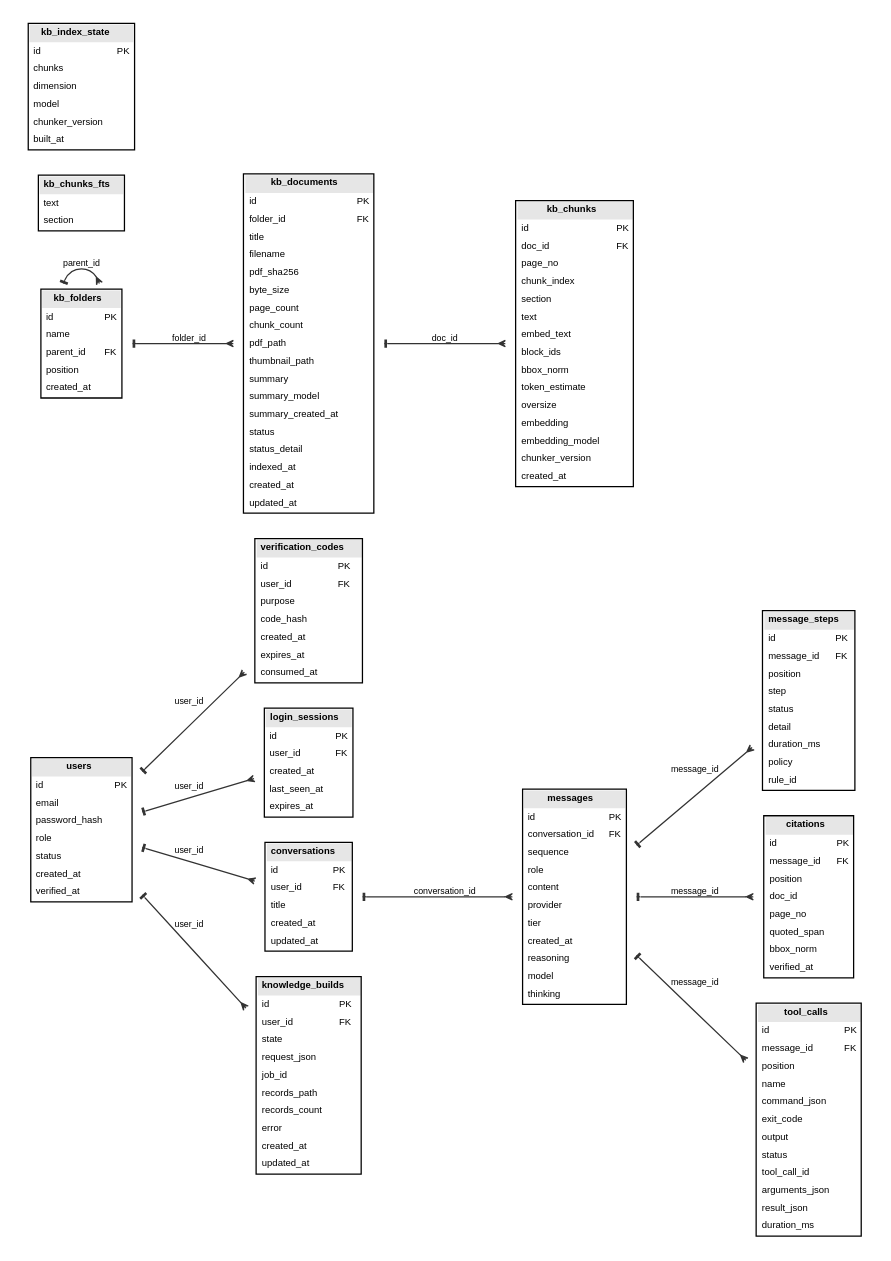
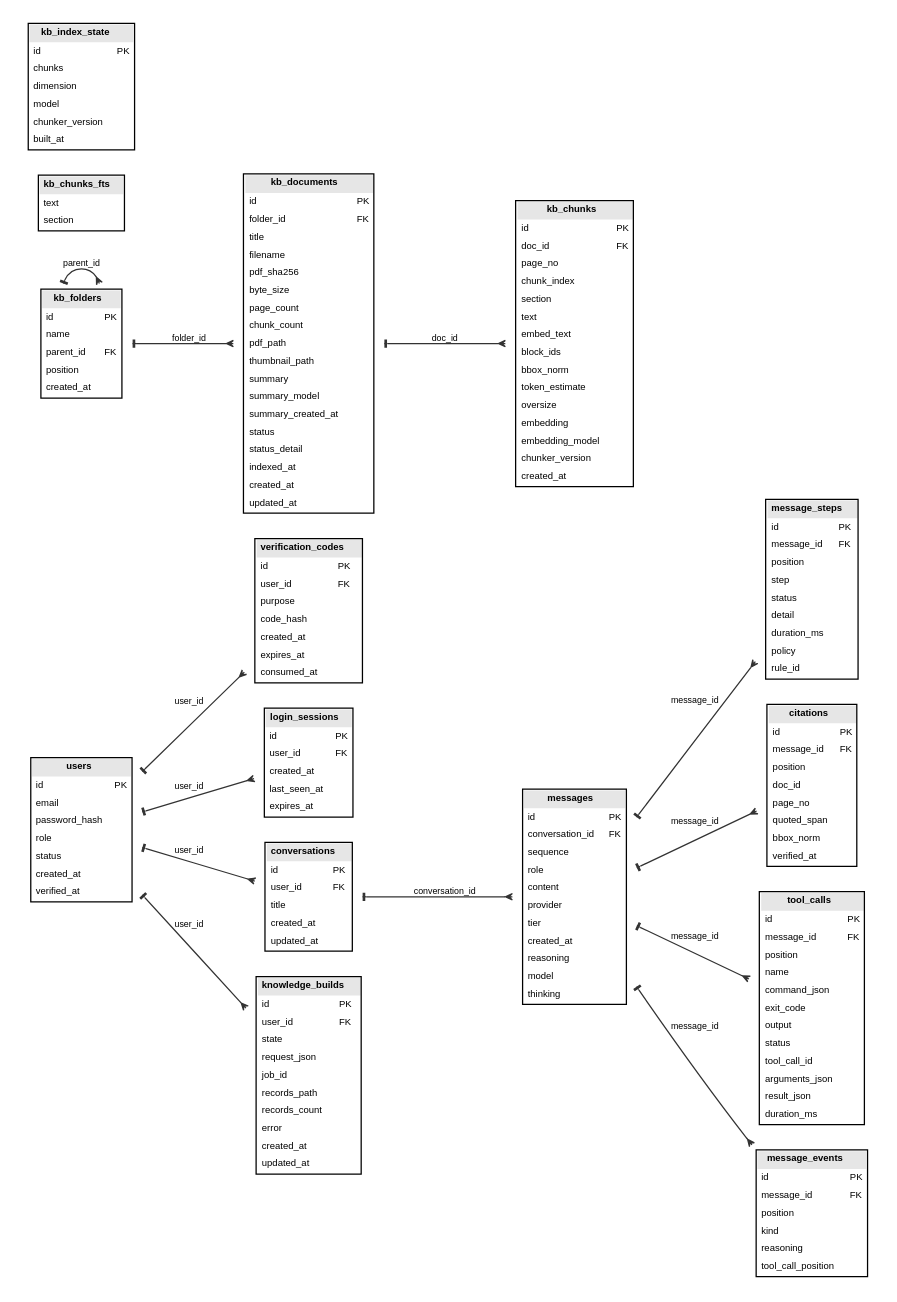
One commit to Kane-LI-0114/verifiable-tutor changed the diagram in docs/figures/physical-db.dot. Above: the diagram before and after it, drawn with Graphviz. The commit also changed 14 other files, not shown here.

First line of the commit message:
feat(work-chain): persist ordered reasoning and tool events

```diff
--- a/docs/figures/physical-db.dot
+++ b/docs/figures/physical-db.dot
@@ -1,182 +1,192 @@
 digraph physical_data_model {
   // Generated by scripts/build_data_model.py from the Storage schema; do not edit.
   graph [rankdir=LR, splines=true, nodesep=0.16, ranksep=0.52, fontname="Helvetica", fontsize=9,
          bgcolor="white", pad=0.10];
   node [fontname="Helvetica", fontsize=7.5, shape=plaintext];
   edge [fontname="Helvetica", fontsize=7, color="#333333", arrowsize=0.55,
         dir=both, arrowtail=tee, arrowhead=crow];
   // Physical SQLite schema. The logical model is docs/figures/prd-er.dot.
   users [label=<<TABLE BORDER="1" CELLBORDER="0" CELLSPACING="0" CELLPADDING="3" BGCOLOR="white">
       <TR><TD BGCOLOR="#e6e6e6" COLSPAN="2"><B>users</B></TD></TR>
       <TR><TD ALIGN="LEFT">id</TD><TD ALIGN="LEFT">PK</TD></TR>
       <TR><TD ALIGN="LEFT">email</TD><TD ALIGN="LEFT"></TD></TR>
       <TR><TD ALIGN="LEFT">password_hash</TD><TD ALIGN="LEFT"></TD></TR>
       <TR><TD ALIGN="LEFT">role</TD><TD ALIGN="LEFT"></TD></TR>
       <TR><TD ALIGN="LEFT">status</TD><TD ALIGN="LEFT"></TD></TR>
       <TR><TD ALIGN="LEFT">created_at</TD><TD ALIGN="LEFT"></TD></TR>
       <TR><TD ALIGN="LEFT">verified_at</TD><TD ALIGN="LEFT"></TD></TR>
     </TABLE>>];
   verification_codes [label=<<TABLE BORDER="1" CELLBORDER="0" CELLSPACING="0" CELLPADDING="3" BGCOLOR="white">
       <TR><TD BGCOLOR="#e6e6e6" COLSPAN="2"><B>verification_codes</B></TD></TR>
       <TR><TD ALIGN="LEFT">id</TD><TD ALIGN="LEFT">PK</TD></TR>
       <TR><TD ALIGN="LEFT">user_id</TD><TD ALIGN="LEFT">FK</TD></TR>
       <TR><TD ALIGN="LEFT">purpose</TD><TD ALIGN="LEFT"></TD></TR>
       <TR><TD ALIGN="LEFT">code_hash</TD><TD ALIGN="LEFT"></TD></TR>
       <TR><TD ALIGN="LEFT">created_at</TD><TD ALIGN="LEFT"></TD></TR>
       <TR><TD ALIGN="LEFT">expires_at</TD><TD ALIGN="LEFT"></TD></TR>
       <TR><TD ALIGN="LEFT">consumed_at</TD><TD ALIGN="LEFT"></TD></TR>
     </TABLE>>];
   login_sessions [label=<<TABLE BORDER="1" CELLBORDER="0" CELLSPACING="0" CELLPADDING="3" BGCOLOR="white">
       <TR><TD BGCOLOR="#e6e6e6" COLSPAN="2"><B>login_sessions</B></TD></TR>
       <TR><TD ALIGN="LEFT">id</TD><TD ALIGN="LEFT">PK</TD></TR>
       <TR><TD ALIGN="LEFT">user_id</TD><TD ALIGN="LEFT">FK</TD></TR>
       <TR><TD ALIGN="LEFT">created_at</TD><TD ALIGN="LEFT"></TD></TR>
       <TR><TD ALIGN="LEFT">last_seen_at</TD><TD ALIGN="LEFT"></TD></TR>
       <TR><TD ALIGN="LEFT">expires_at</TD><TD ALIGN="LEFT"></TD></TR>
     </TABLE>>];
   conversations [label=<<TABLE BORDER="1" CELLBORDER="0" CELLSPACING="0" CELLPADDING="3" BGCOLOR="white">
       <TR><TD BGCOLOR="#e6e6e6" COLSPAN="2"><B>conversations</B></TD></TR>
       <TR><TD ALIGN="LEFT">id</TD><TD ALIGN="LEFT">PK</TD></TR>
       <TR><TD ALIGN="LEFT">user_id</TD><TD ALIGN="LEFT">FK</TD></TR>
       <TR><TD ALIGN="LEFT">title</TD><TD ALIGN="LEFT"></TD></TR>
       <TR><TD ALIGN="LEFT">created_at</TD><TD ALIGN="LEFT"></TD></TR>
       <TR><TD ALIGN="LEFT">updated_at</TD><TD ALIGN="LEFT"></TD></TR>
     </TABLE>>];
   messages [label=<<TABLE BORDER="1" CELLBORDER="0" CELLSPACING="0" CELLPADDING="3" BGCOLOR="white">
       <TR><TD BGCOLOR="#e6e6e6" COLSPAN="2"><B>messages</B></TD></TR>
       <TR><TD ALIGN="LEFT">id</TD><TD ALIGN="LEFT">PK</TD></TR>
       <TR><TD ALIGN="LEFT">conversation_id</TD><TD ALIGN="LEFT">FK</TD></TR>
       <TR><TD ALIGN="LEFT">sequence</TD><TD ALIGN="LEFT"></TD></TR>
       <TR><TD ALIGN="LEFT">role</TD><TD ALIGN="LEFT"></TD></TR>
       <TR><TD ALIGN="LEFT">content</TD><TD ALIGN="LEFT"></TD></TR>
       <TR><TD ALIGN="LEFT">provider</TD><TD ALIGN="LEFT"></TD></TR>
       <TR><TD ALIGN="LEFT">tier</TD><TD ALIGN="LEFT"></TD></TR>
       <TR><TD ALIGN="LEFT">created_at</TD><TD ALIGN="LEFT"></TD></TR>
       <TR><TD ALIGN="LEFT">reasoning</TD><TD ALIGN="LEFT"></TD></TR>
       <TR><TD ALIGN="LEFT">model</TD><TD ALIGN="LEFT"></TD></TR>
       <TR><TD ALIGN="LEFT">thinking</TD><TD ALIGN="LEFT"></TD></TR>
     </TABLE>>];
   message_steps [label=<<TABLE BORDER="1" CELLBORDER="0" CELLSPACING="0" CELLPADDING="3" BGCOLOR="white">
       <TR><TD BGCOLOR="#e6e6e6" COLSPAN="2"><B>message_steps</B></TD></TR>
       <TR><TD ALIGN="LEFT">id</TD><TD ALIGN="LEFT">PK</TD></TR>
       <TR><TD ALIGN="LEFT">message_id</TD><TD ALIGN="LEFT">FK</TD></TR>
       <TR><TD ALIGN="LEFT">position</TD><TD ALIGN="LEFT"></TD></TR>
       <TR><TD ALIGN="LEFT">step</TD><TD ALIGN="LEFT"></TD></TR>
       <TR><TD ALIGN="LEFT">status</TD><TD ALIGN="LEFT"></TD></TR>
       <TR><TD ALIGN="LEFT">detail</TD><TD ALIGN="LEFT"></TD></TR>
       <TR><TD ALIGN="LEFT">duration_ms</TD><TD ALIGN="LEFT"></TD></TR>
       <TR><TD ALIGN="LEFT">policy</TD><TD ALIGN="LEFT"></TD></TR>
       <TR><TD ALIGN="LEFT">rule_id</TD><TD ALIGN="LEFT"></TD></TR>
     </TABLE>>];
   citations [label=<<TABLE BORDER="1" CELLBORDER="0" CELLSPACING="0" CELLPADDING="3" BGCOLOR="white">
       <TR><TD BGCOLOR="#e6e6e6" COLSPAN="2"><B>citations</B></TD></TR>
       <TR><TD ALIGN="LEFT">id</TD><TD ALIGN="LEFT">PK</TD></TR>
       <TR><TD ALIGN="LEFT">message_id</TD><TD ALIGN="LEFT">FK</TD></TR>
       <TR><TD ALIGN="LEFT">position</TD><TD ALIGN="LEFT"></TD></TR>
       <TR><TD ALIGN="LEFT">doc_id</TD><TD ALIGN="LEFT"></TD></TR>
       <TR><TD ALIGN="LEFT">page_no</TD><TD ALIGN="LEFT"></TD></TR>
       <TR><TD ALIGN="LEFT">quoted_span</TD><TD ALIGN="LEFT"></TD></TR>
       <TR><TD ALIGN="LEFT">bbox_norm</TD><TD ALIGN="LEFT"></TD></TR>
       <TR><TD ALIGN="LEFT">verified_at</TD><TD ALIGN="LEFT"></TD></TR>
     </TABLE>>];
   tool_calls [label=<<TABLE BORDER="1" CELLBORDER="0" CELLSPACING="0" CELLPADDING="3" BGCOLOR="white">
       <TR><TD BGCOLOR="#e6e6e6" COLSPAN="2"><B>tool_calls</B></TD></TR>
       <TR><TD ALIGN="LEFT">id</TD><TD ALIGN="LEFT">PK</TD></TR>
       <TR><TD ALIGN="LEFT">message_id</TD><TD ALIGN="LEFT">FK</TD></TR>
       <TR><TD ALIGN="LEFT">position</TD><TD ALIGN="LEFT"></TD></TR>
       <TR><TD ALIGN="LEFT">name</TD><TD ALIGN="LEFT"></TD></TR>
       <TR><TD ALIGN="LEFT">command_json</TD><TD ALIGN="LEFT"></TD></TR>
       <TR><TD ALIGN="LEFT">exit_code</TD><TD ALIGN="LEFT"></TD></TR>
       <TR><TD ALIGN="LEFT">output</TD><TD ALIGN="LEFT"></TD></TR>
       <TR><TD ALIGN="LEFT">status</TD><TD ALIGN="LEFT"></TD></TR>
       <TR><TD ALIGN="LEFT">tool_call_id</TD><TD ALIGN="LEFT"></TD></TR>
       <TR><TD ALIGN="LEFT">arguments_json</TD><TD ALIGN="LEFT"></TD></TR>
       <TR><TD ALIGN="LEFT">result_json</TD><TD ALIGN="LEFT"></TD></TR>
       <TR><TD ALIGN="LEFT">duration_ms</TD><TD ALIGN="LEFT"></TD></TR>
     </TABLE>>];
+  message_events [label=<<TABLE BORDER="1" CELLBORDER="0" CELLSPACING="0" CELLPADDING="3" BGCOLOR="white">
+      <TR><TD BGCOLOR="#e6e6e6" COLSPAN="2"><B>message_events</B></TD></TR>
+      <TR><TD ALIGN="LEFT">id</TD><TD ALIGN="LEFT">PK</TD></TR>
+      <TR><TD ALIGN="LEFT">message_id</TD><TD ALIGN="LEFT">FK</TD></TR>
+      <TR><TD ALIGN="LEFT">position</TD><TD ALIGN="LEFT"></TD></TR>
+      <TR><TD ALIGN="LEFT">kind</TD><TD ALIGN="LEFT"></TD></TR>
+      <TR><TD ALIGN="LEFT">reasoning</TD><TD ALIGN="LEFT"></TD></TR>
+      <TR><TD ALIGN="LEFT">tool_call_position</TD><TD ALIGN="LEFT"></TD></TR>
+    </TABLE>>];
   knowledge_builds [label=<<TABLE BORDER="1" CELLBORDER="0" CELLSPACING="0" CELLPADDING="3" BGCOLOR="white">
       <TR><TD BGCOLOR="#e6e6e6" COLSPAN="2"><B>knowledge_builds</B></TD></TR>
       <TR><TD ALIGN="LEFT">id</TD><TD ALIGN="LEFT">PK</TD></TR>
       <TR><TD ALIGN="LEFT">user_id</TD><TD ALIGN="LEFT">FK</TD></TR>
       <TR><TD ALIGN="LEFT">state</TD><TD ALIGN="LEFT"></TD></TR>
       <TR><TD ALIGN="LEFT">request_json</TD><TD ALIGN="LEFT"></TD></TR>
       <TR><TD ALIGN="LEFT">job_id</TD><TD ALIGN="LEFT"></TD></TR>
       <TR><TD ALIGN="LEFT">records_path</TD><TD ALIGN="LEFT"></TD></TR>
       <TR><TD ALIGN="LEFT">records_count</TD><TD ALIGN="LEFT"></TD></TR>
       <TR><TD ALIGN="LEFT">error</TD><TD ALIGN="LEFT"></TD></TR>
       <TR><TD ALIGN="LEFT">created_at</TD><TD ALIGN="LEFT"></TD></TR>
       <TR><TD ALIGN="LEFT">updated_at</TD><TD ALIGN="LEFT"></TD></TR>
     </TABLE>>];
   kb_folders [label=<<TABLE BORDER="1" CELLBORDER="0" CELLSPACING="0" CELLPADDING="3" BGCOLOR="white">
       <TR><TD BGCOLOR="#e6e6e6" COLSPAN="2"><B>kb_folders</B></TD></TR>
       <TR><TD ALIGN="LEFT">id</TD><TD ALIGN="LEFT">PK</TD></TR>
       <TR><TD ALIGN="LEFT">name</TD><TD ALIGN="LEFT"></TD></TR>
       <TR><TD ALIGN="LEFT">parent_id</TD><TD ALIGN="LEFT">FK</TD></TR>
       <TR><TD ALIGN="LEFT">position</TD><TD ALIGN="LEFT"></TD></TR>
       <TR><TD ALIGN="LEFT">created_at</TD><TD ALIGN="LEFT"></TD></TR>
     </TABLE>>];
   kb_documents [label=<<TABLE BORDER="1" CELLBORDER="0" CELLSPACING="0" CELLPADDING="3" BGCOLOR="white">
       <TR><TD BGCOLOR="#e6e6e6" COLSPAN="2"><B>kb_documents</B></TD></TR>
       <TR><TD ALIGN="LEFT">id</TD><TD ALIGN="LEFT">PK</TD></TR>
       <TR><TD ALIGN="LEFT">folder_id</TD><TD ALIGN="LEFT">FK</TD></TR>
       <TR><TD ALIGN="LEFT">title</TD><TD ALIGN="LEFT"></TD></TR>
       <TR><TD ALIGN="LEFT">filename</TD><TD ALIGN="LEFT"></TD></TR>
       <TR><TD ALIGN="LEFT">pdf_sha256</TD><TD ALIGN="LEFT"></TD></TR>
       <TR><TD ALIGN="LEFT">byte_size</TD><TD ALIGN="LEFT"></TD></TR>
       <TR><TD ALIGN="LEFT">page_count</TD><TD ALIGN="LEFT"></TD></TR>
       <TR><TD ALIGN="LEFT">chunk_count</TD><TD ALIGN="LEFT"></TD></TR>
       <TR><TD ALIGN="LEFT">pdf_path</TD><TD ALIGN="LEFT"></TD></TR>
       <TR><TD ALIGN="LEFT">thumbnail_path</TD><TD ALIGN="LEFT"></TD></TR>
       <TR><TD ALIGN="LEFT">summary</TD><TD ALIGN="LEFT"></TD></TR>
       <TR><TD ALIGN="LEFT">summary_model</TD><TD ALIGN="LEFT"></TD></TR>
       <TR><TD ALIGN="LEFT">summary_created_at</TD><TD ALIGN="LEFT"></TD></TR>
       <TR><TD ALIGN="LEFT">status</TD><TD ALIGN="LEFT"></TD></TR>
       <TR><TD ALIGN="LEFT">status_detail</TD><TD ALIGN="LEFT"></TD></TR>
       <TR><TD ALIGN="LEFT">indexed_at</TD><TD ALIGN="LEFT"></TD></TR>
       <TR><TD ALIGN="LEFT">created_at</TD><TD ALIGN="LEFT"></TD></TR>
       <TR><TD ALIGN="LEFT">updated_at</TD><TD ALIGN="LEFT"></TD></TR>
     </TABLE>>];
   kb_chunks [label=<<TABLE BORDER="1" CELLBORDER="0" CELLSPACING="0" CELLPADDING="3" BGCOLOR="white">
       <TR><TD BGCOLOR="#e6e6e6" COLSPAN="2"><B>kb_chunks</B></TD></TR>
       <TR><TD ALIGN="LEFT">id</TD><TD ALIGN="LEFT">PK</TD></TR>
       <TR><TD ALIGN="LEFT">doc_id</TD><TD ALIGN="LEFT">FK</TD></TR>
       <TR><TD ALIGN="LEFT">page_no</TD><TD ALIGN="LEFT"></TD></TR>
       <TR><TD ALIGN="LEFT">chunk_index</TD><TD ALIGN="LEFT"></TD></TR>
       <TR><TD ALIGN="LEFT">section</TD><TD ALIGN="LEFT"></TD></TR>
       <TR><TD ALIGN="LEFT">text</TD><TD ALIGN="LEFT"></TD></TR>
       <TR><TD ALIGN="LEFT">embed_text</TD><TD ALIGN="LEFT"></TD></TR>
       <TR><TD ALIGN="LEFT">block_ids</TD><TD ALIGN="LEFT"></TD></TR>
       <TR><TD ALIGN="LEFT">bbox_norm</TD><TD ALIGN="LEFT"></TD></TR>
       <TR><TD ALIGN="LEFT">token_estimate</TD><TD ALIGN="LEFT"></TD></TR>
       <TR><TD ALIGN="LEFT">oversize</TD><TD ALIGN="LEFT"></TD></TR>
       <TR><TD ALIGN="LEFT">embedding</TD><TD ALIGN="LEFT"></TD></TR>
       <TR><TD ALIGN="LEFT">embedding_model</TD><TD ALIGN="LEFT"></TD></TR>
       <TR><TD ALIGN="LEFT">chunker_version</TD><TD ALIGN="LEFT"></TD></TR>
       <TR><TD ALIGN="LEFT">created_at</TD><TD ALIGN="LEFT"></TD></TR>
     </TABLE>>];
   kb_chunks_fts [label=<<TABLE BORDER="1" CELLBORDER="0" CELLSPACING="0" CELLPADDING="3" BGCOLOR="white">
       <TR><TD BGCOLOR="#e6e6e6" COLSPAN="2"><B>kb_chunks_fts</B></TD></TR>
       <TR><TD ALIGN="LEFT">text</TD><TD ALIGN="LEFT"></TD></TR>
       <TR><TD ALIGN="LEFT">section</TD><TD ALIGN="LEFT"></TD></TR>
     </TABLE>>];
   kb_index_state [label=<<TABLE BORDER="1" CELLBORDER="0" CELLSPACING="0" CELLPADDING="3" BGCOLOR="white">
       <TR><TD BGCOLOR="#e6e6e6" COLSPAN="2"><B>kb_index_state</B></TD></TR>
       <TR><TD ALIGN="LEFT">id</TD><TD ALIGN="LEFT">PK</TD></TR>
       <TR><TD ALIGN="LEFT">chunks</TD><TD ALIGN="LEFT"></TD></TR>
       <TR><TD ALIGN="LEFT">dimension</TD><TD ALIGN="LEFT"></TD></TR>
       <TR><TD ALIGN="LEFT">model</TD><TD ALIGN="LEFT"></TD></TR>
       <TR><TD ALIGN="LEFT">chunker_version</TD><TD ALIGN="LEFT"></TD></TR>
       <TR><TD ALIGN="LEFT">built_at</TD><TD ALIGN="LEFT"></TD></TR>
     </TABLE>>];
   users -> verification_codes [label="user_id"];
   users -> login_sessions [label="user_id"];
   users -> conversations [label="user_id"];
   conversations -> messages [label="conversation_id"];
   messages -> message_steps [label="message_id"];
   messages -> citations [label="message_id"];
   messages -> tool_calls [label="message_id"];
+  messages -> message_events [label="message_id"];
   users -> knowledge_builds [label="user_id"];
   kb_folders -> kb_folders [label="parent_id"];
   kb_folders -> kb_documents [label="folder_id"];
   kb_documents -> kb_chunks [label="doc_id"];
 }
```
